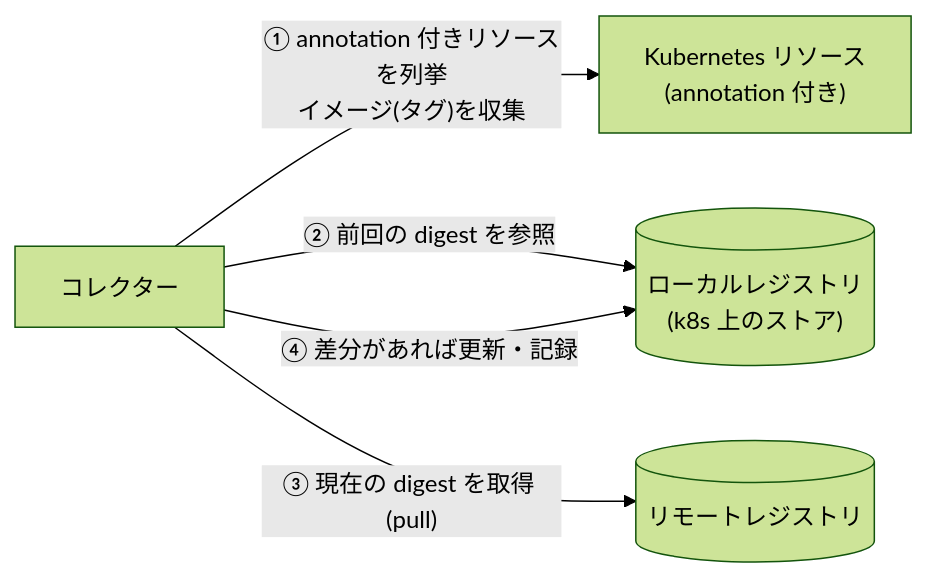
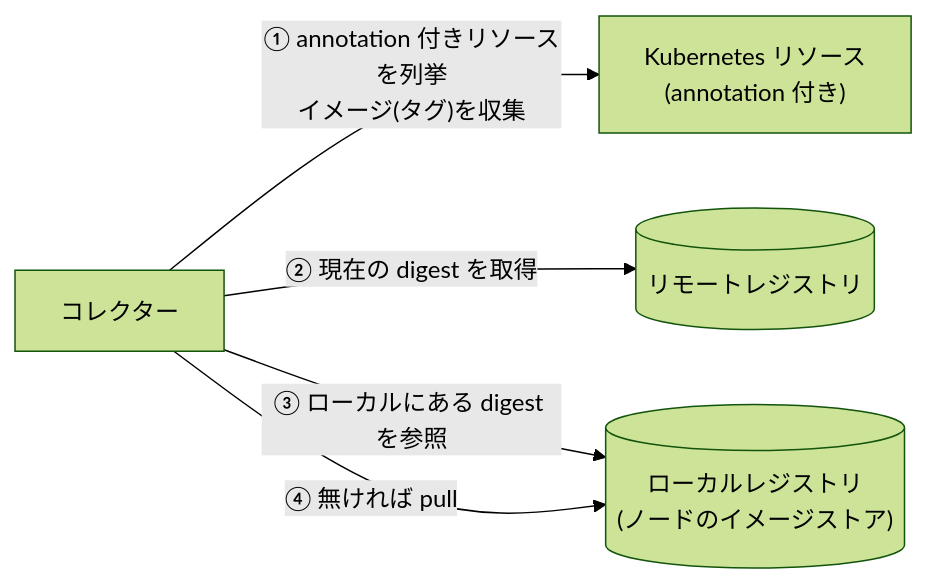
Before and after one commit to sasano8/kube-floatingtag-pinner: the first of 2 diagrams in README.md, drawn with Mermaid (forest theme). The commit also changed other lines of this file and 6 other files, not shown here.

````diff
--- a/README.md
+++ b/README.md
@@ -36,12 +36,12 @@
 ```mermaid
 flowchart LR
     K["Kubernetes リソース<br/>(annotation 付き)"]
     C["コレクター"]
-    L[("ローカルレジストリ<br/>(k8s 上のストア)")]
+    L[("ローカルレジストリ<br/>(ノードのイメージストア)")]
     R[("リモートレジストリ")]
 
     C -- "① annotation 付きリソースを列挙<br/>イメージ(タグ)を収集" --> K
-    C -- "② 前回の digest を参照" --> L
-    C -- "③ 現在の digest を取得 (pull)" --> R
-    C -- "④ 差分があれば更新・記録" --> L
+    C -- "② 現在の digest を取得" --> R
+    C -- "③ ローカルにある digest を参照" --> L
+    C -- "④ 無ければ pull" --> L
 ```
````
